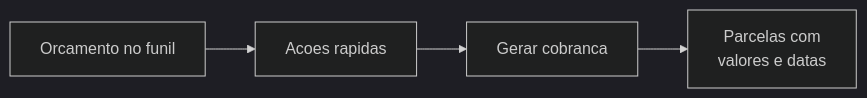
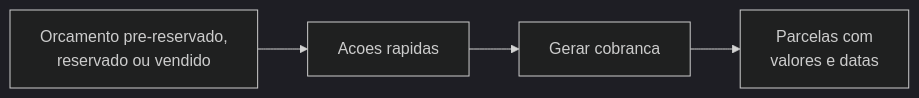
Before and after one commit to LocFlowTeam/locflow-docs: the diagram in cobranca/emitindo-a-cobranca.md, drawn with Mermaid (dark theme). The commit also changed other lines of this file and 17 other files, not shown here.

````diff
--- a/cobranca/emitindo-a-cobranca.md
+++ b/cobranca/emitindo-a-cobranca.md
@@ -30,6 +30,6 @@
 ```mermaid
 flowchart LR
-    G[Orcamento no funil] --> AC[Acoes rapidas]
+    G[Orcamento pre-reservado,<br/>reservado ou vendido] --> AC[Acoes rapidas]
     AC --> GC[Gerar cobranca]
     GC --> P[Parcelas com<br/>valores e datas]
 ```
````
